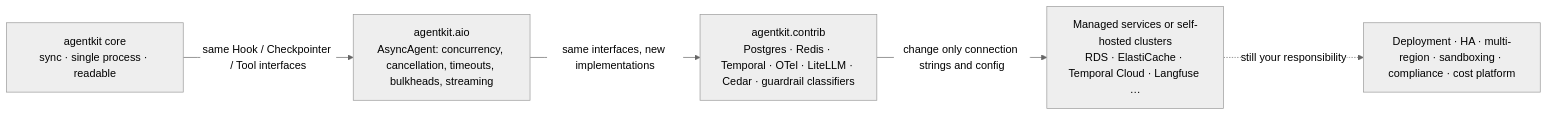
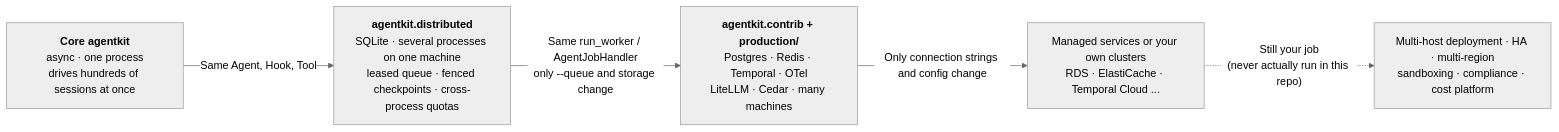
Before and after one commit to heaven999b/hello-agent-system: the diagram in docs/production-readiness.en.md, drawn with Mermaid (neutral theme). The commit also changed other lines of this file and 34 other files, not shown here.

First line of the commit message:
docs: production readiness rewritten around the three layers; failure modes, interview questions, review checklist, glossary and cheatsheet updated for async and multi-process; lesson 00 roadmap

````diff
--- a/docs/production-readiness.en.md
+++ b/docs/production-readiness.en.md
@@ -16,7 +16,7 @@
 ```mermaid
 flowchart LR
-    A["agentkit core<br/>sync · single process · readable"] -->|"same Hook / Checkpointer / Tool interfaces"| B["agentkit.aio<br/>AsyncAgent: concurrency, cancellation, timeouts, bulkheads, streaming"]
-    B -->|"same interfaces, new implementations"| C["agentkit.contrib<br/>Postgres · Redis · Temporal · OTel · LiteLLM · Cedar · guardrail classifiers"]
-    C -->|"change only connection strings and config"| D["Managed services or self-hosted clusters<br/>RDS · ElastiCache · Temporal Cloud · Langfuse …"]
-    D -.->|"still your responsibility"| E["Deployment · HA · multi-region · sandboxing · compliance · cost platform"]
+    A["<b>Core agentkit</b><br/>async · one process<br/>drives hundreds of sessions at once"] -->|"Same Agent, Hook, Tool"| B["<b>agentkit.distributed</b><br/>SQLite · several processes on one machine<br/>leased queue · fenced checkpoints · cross-process quotas"]
+    B -->|"Same run_worker / AgentJobHandler<br/>only --queue and storage change"| C["<b>agentkit.contrib + production/</b><br/>Postgres · Redis · Temporal · OTel<br/>LiteLLM · Cedar · many machines"]
+    C -->|"Only connection strings and config change"| D["Managed services or your own clusters<br/>RDS · ElastiCache · Temporal Cloud ..."]
+    D -.->|"Still your job<br/>(never actually run in this repo)"| E["Multi-host deployment · HA · multi-region<br/>sandboxing · compliance · cost platform"]
 ```
````
